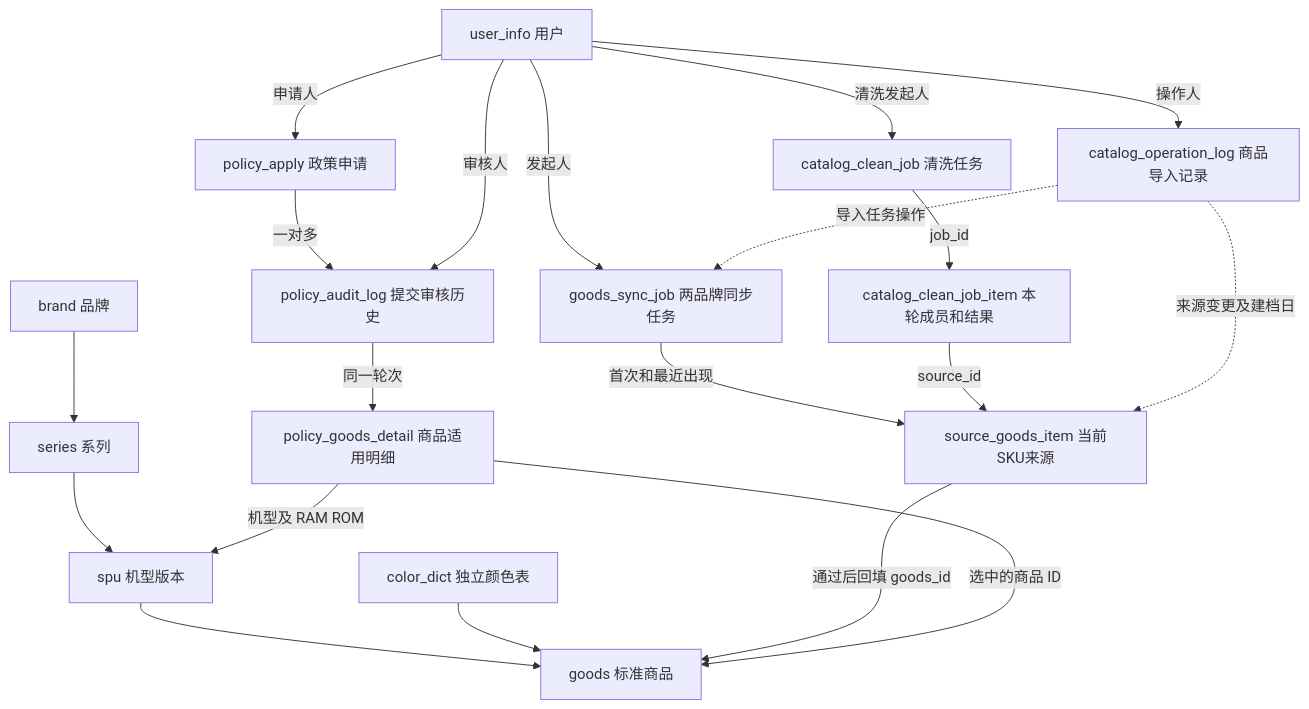
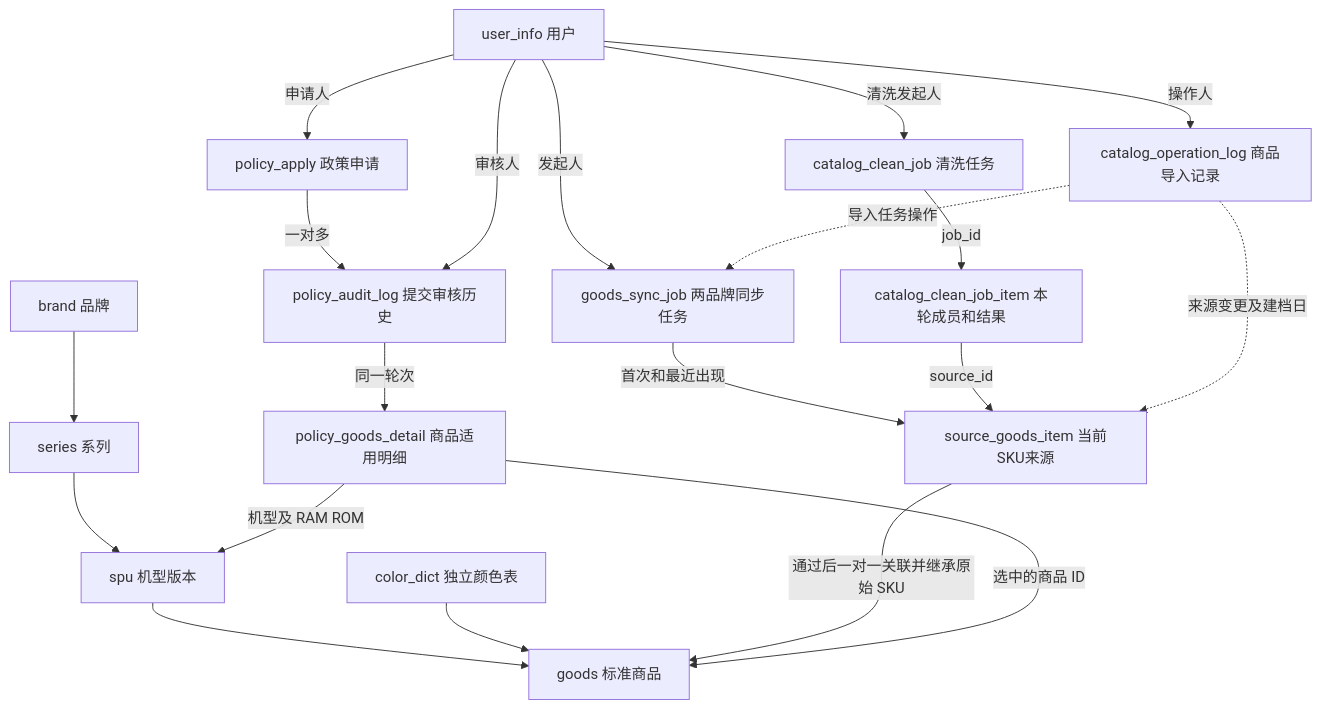
Before and after one commit to szhi1488/differentiated-policy: the diagram in docs/architecture/catalog-admin-design.md, drawn with Mermaid. The commit also changed other lines of this file and 141 other files, not shown here.

````diff
--- a/docs/architecture/catalog-admin-design.md
+++ b/docs/architecture/catalog-admin-design.md
@@ -42,22 +43,22 @@
 ```mermaid
 flowchart TB
     U[user_info 用户] -->|申请人| P[policy_apply 政策申请]
     P -->|一对多| A[policy_audit_log 提交审核历史]
     A -->|同一轮次| D[policy_goods_detail 商品适用明细]
     U -->|审核人| A
     U -->|发起人| J[goods_sync_job 两品牌同步任务]
     J -->|首次和最近出现| G[source_goods_item 当前SKU来源]
     U -->|清洗发起人| T[catalog_clean_job 清洗任务]
     T -->|job_id| M[catalog_clean_job_item 本轮成员和结果]
     M -->|source_id| G
     B[brand 品牌] --> S[series 系列]
     S --> V[spu 机型版本]
     V --> C[goods 标准商品]
     K[color_dict 独立颜色表] --> C
-    G -->|通过后回填 goods_id| C
+    G -->|通过后一对一关联并继承原始 SKU| C
     D -->|机型及 RAM ROM| V
     D -->|选中的商品 ID| C
     U -->|操作人| L[catalog_operation_log 商品导入记录]
     L -.来源变更及建档日.-> G
     L -.导入任务操作.-> J
 ```
````
